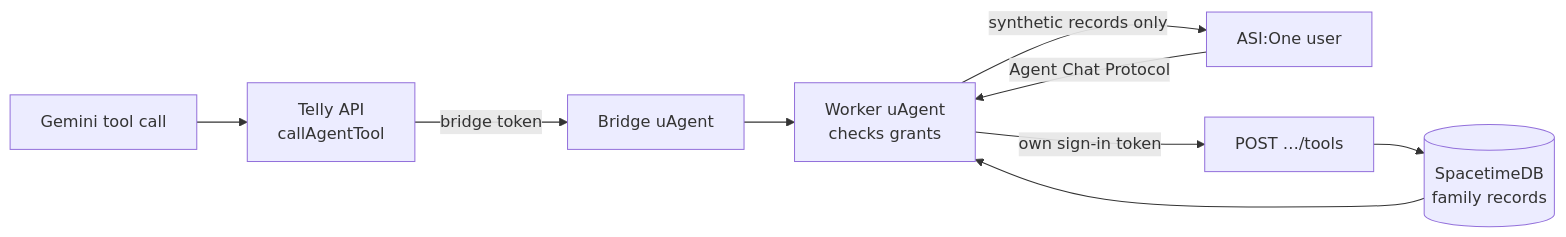
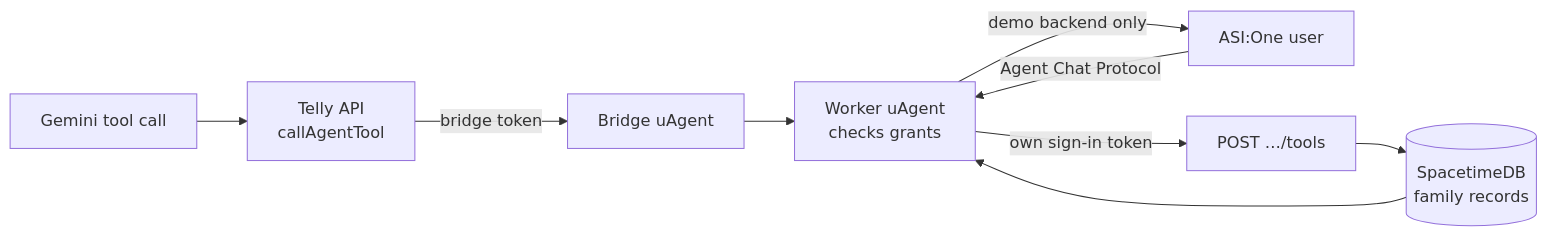
One commit to 42nights/telly changed the fourth of 14 diagrams in README.md. Above: the diagram before and after it, drawn with Mermaid. The commit also changed other lines of this file and 2 other files, not shown here.

````diff
--- a/README.md
+++ b/README.md
@@ -130,11 +130,11 @@
 ```mermaid
 flowchart LR
     gem["Gemini tool call"] --> api["Telly API<br/>callAgentTool"]
     api -->|"bridge token"| bridge["Bridge uAgent"]
     bridge --> worker["Worker uAgent<br/>checks grants"]
     asi["ASI:One user"] -->|"Agent Chat Protocol"| worker
     worker -->|"own sign-in token"| tools["POST …/tools"]
     tools --> db[("SpacetimeDB<br/>family records")]
     db --> worker
-    worker -->|"synthetic records only"| asi
+    worker -->|"demo backend only"| asi
 ```
````
